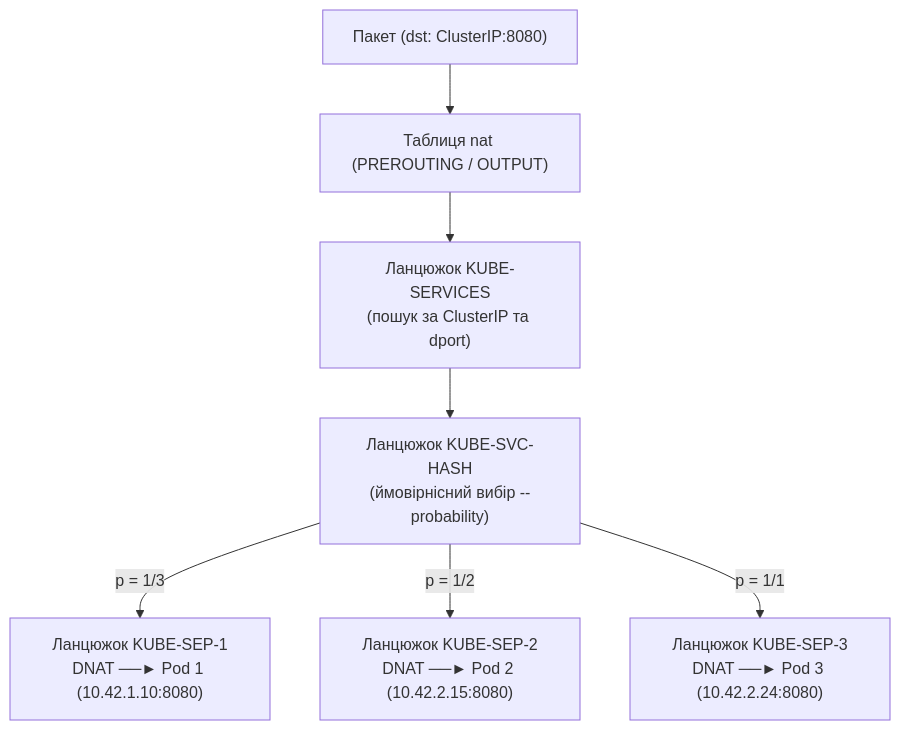
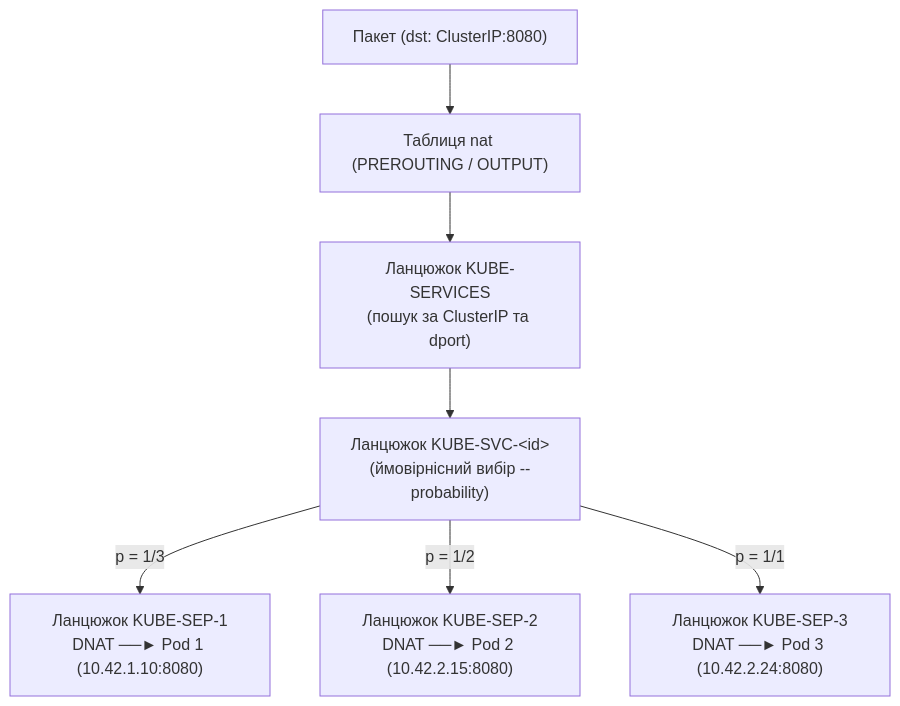
The third of 5 diagrams in _posts/2026-10-07-kube-proxy-load-balancing.md (Olezha/OlehShklyar), drawn with Mermaid before and after one commit. The commit also changed other lines of this file and 4 other files, not shown here.

````diff
--- a/_posts/2026-10-07-kube-proxy-load-balancing.md
+++ b/_posts/2026-10-07-kube-proxy-load-balancing.md
@@ -124,10 +126,10 @@
 ```mermaid
 flowchart TD
     Pkt["Пакет (dst: ClusterIP:8080)"] --> NAT["Таблиця nat (PREROUTING / OUTPUT)"]
     NAT --> KS["Ланцюжок KUBE-SERVICES<br/>(пошук за ClusterIP та dport)"]
-    KS --> KSVC["Ланцюжок KUBE-SVC-HASH<br/>(ймовірнісний вибір --probability)"]
+    KS --> KSVC["Ланцюжок KUBE-SVC-&lt;id&gt;<br/>(ймовірнісний вибір --probability)"]
     
     KSVC -->|"p = 1/3"| SEP1["Ланцюжок KUBE-SEP-1<br/>DNAT ──► Pod 1 (10.42.1.10:8080)"]
     KSVC -->|"p = 1/2"| SEP2["Ланцюжок KUBE-SEP-2<br/>DNAT ──► Pod 2 (10.42.2.15:8080)"]
     KSVC -->|"p = 1/1"| SEP3["Ланцюжок KUBE-SEP-3<br/>DNAT ──► Pod 3 (10.42.2.24:8080)"]
 ```
````
